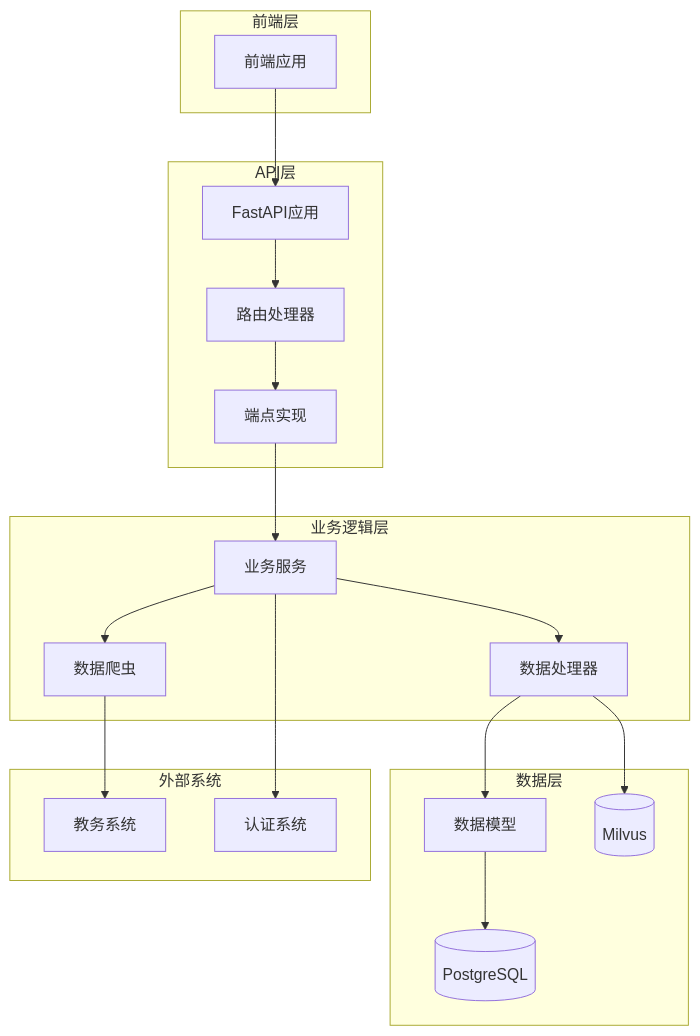
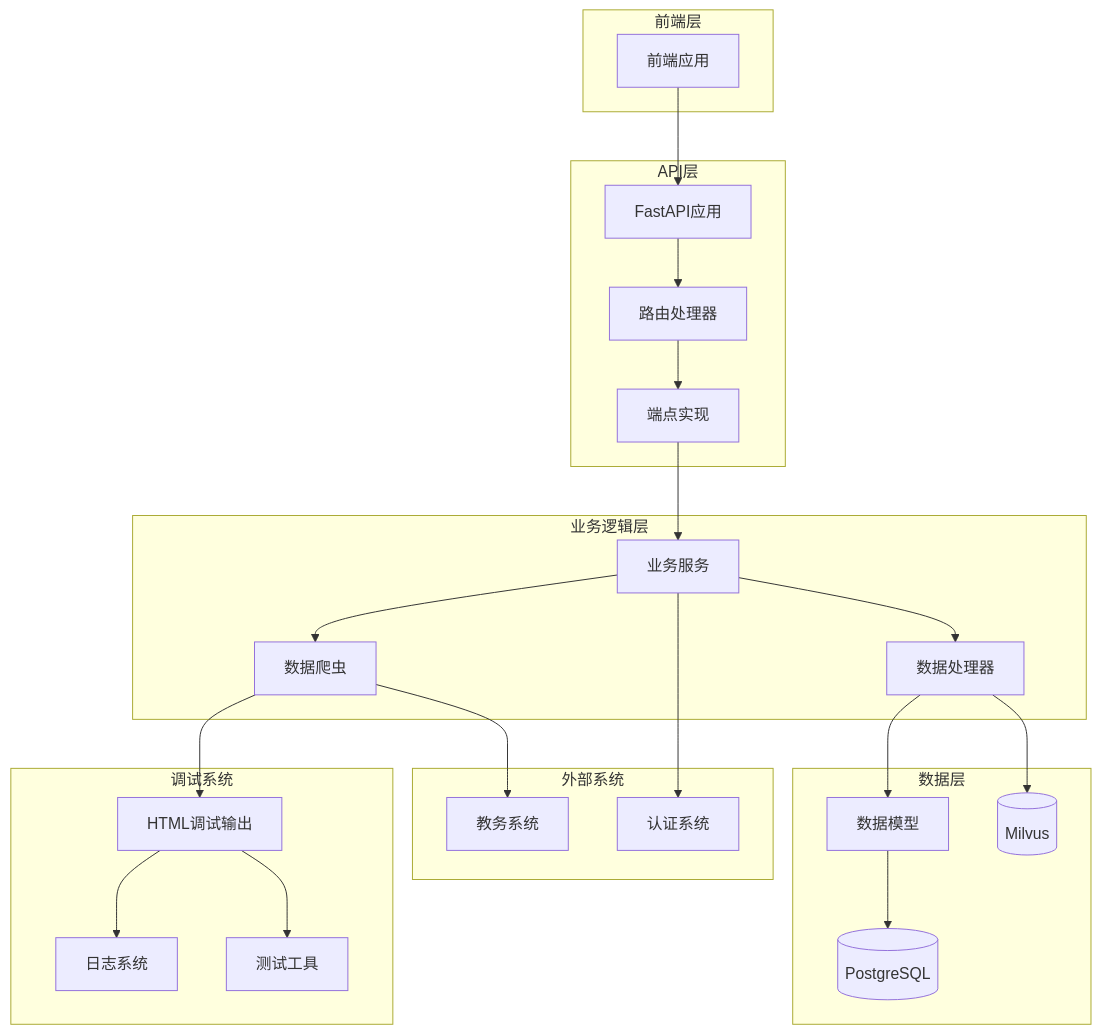
Before and after one commit to ghbbn053-ship-itsoulddog/soulddog: the first of 4 diagrams in .qoder/repowiki/zh/content/后端API文档/学术数据查询API/学术数据查询API.md, drawn with Mermaid. The commit also changed other lines of this file and 10 other files, not shown here.

````diff
--- a/.qoder/repowiki/zh/content/后端API文档/学术数据查询API/学术数据查询API.md
+++ b/.qoder/repowiki/zh/content/后端API文档/学术数据查询API/学术数据查询API.md
@@ -47,36 +48,44 @@
 ```mermaid
 graph TB
 subgraph "前端层"
 FE[前端应用]
 end
 subgraph "API层"
 API[FastAPI应用]
 ROUTER[路由处理器]
 ENDPOINTS[端点实现]
 end
 subgraph "业务逻辑层"
 SERVICE[业务服务]
 SCRAPER[数据爬虫]
 PROCESSOR[数据处理器]
 end
 subgraph "数据层"
 MODEL[数据模型]
 DB[(PostgreSQL)]
 VECTOR[(Milvus)]
 end
 subgraph "外部系统"
 JWXT[教务系统]
 AUTH[认证系统]
 end
+subgraph "调试系统"
+DEBUG[HTML调试输出]
+LOG[日志系统]
+TEST[测试工具]
+end
 FE --> API
 API --> ROUTER
 ROUTER --> ENDPOINTS
 ENDPOINTS --> SERVICE
 SERVICE --> SCRAPER
 SERVICE --> PROCESSOR
 PROCESSOR --> MODEL
 MODEL --> DB
 PROCESSOR --> VECTOR
 SCRAPER --> JWXT
 SERVICE --> AUTH
+SCRAPER --> DEBUG
+DEBUG --> LOG
+DEBUG --> TEST
 ```
````
